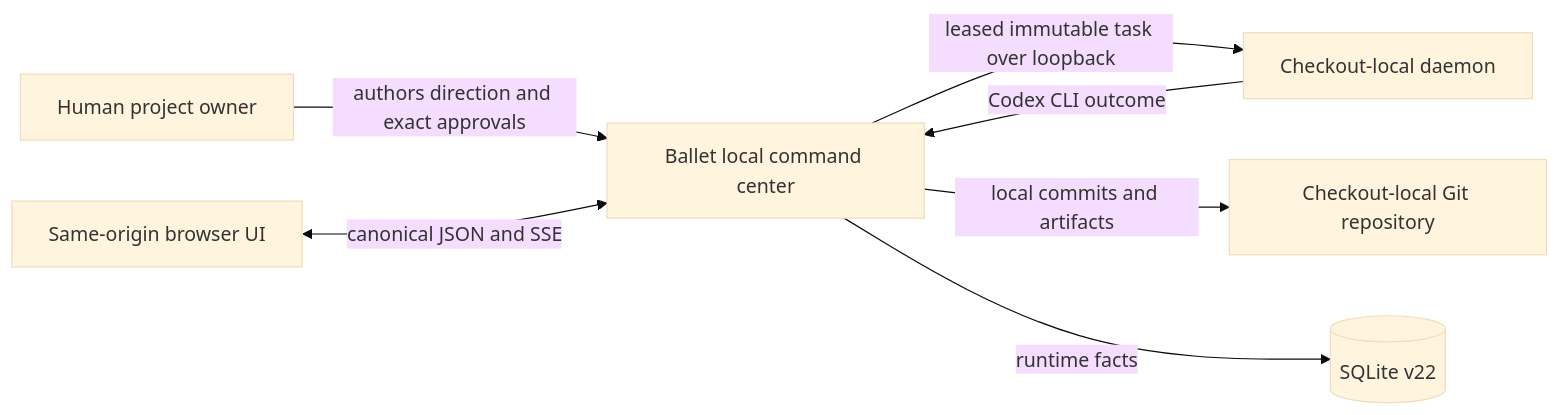
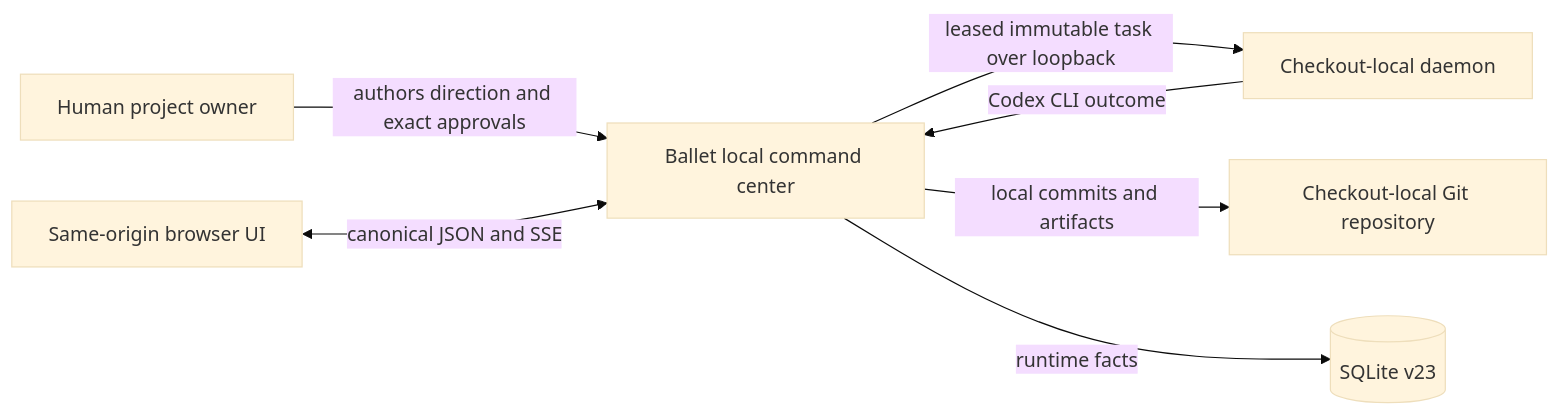
Before and after one commit to isinisalo/ballet: the first of 6 diagrams in ARCHITECTURE.md, drawn with Mermaid (base theme). The commit also changed other lines of this file and 142 other files, not shown here.

````diff
--- a/ARCHITECTURE.md
+++ b/ARCHITECTURE.md
@@ -34,9 +34,9 @@
 ```mermaid
 flowchart LR
   Human[Human project owner] -->|authors direction and exact approvals| Ballet[Ballet local command center]
   Ballet -->|leased immutable task over loopback| Daemon[Checkout-local daemon]
   Daemon -->|Codex CLI outcome| Ballet
   Ballet -->|local commits and artifacts| Git[Checkout-local Git repository]
-  Ballet -->|runtime facts| DB[(SQLite v22)]
+  Ballet -->|runtime facts| DB[(SQLite v23)]
   Browser[Same-origin browser UI] <-->|canonical JSON and SSE| Ballet
 ```
````
